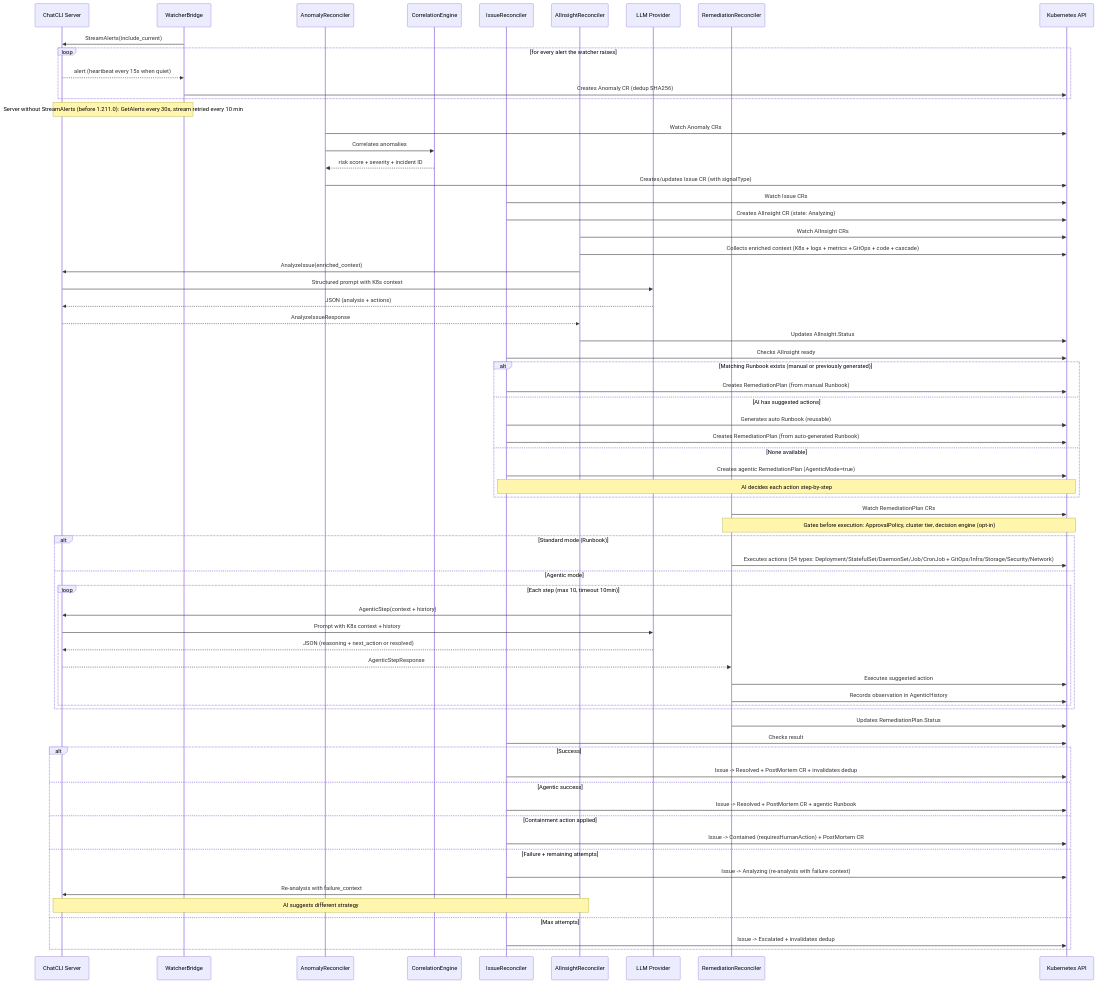
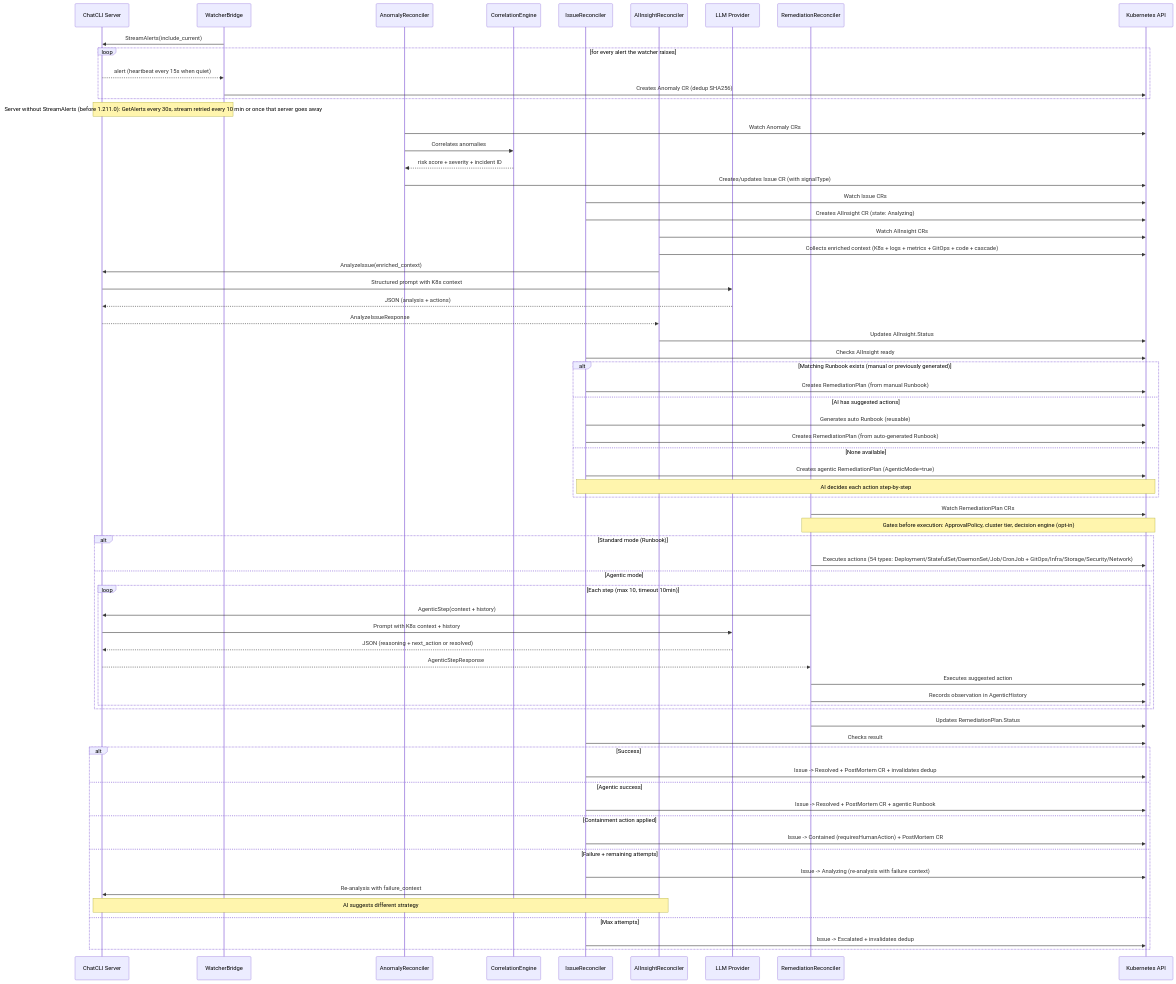
Before and after one commit to diillson/chatcli.ai: the first of 3 diagrams in features/aiops-platform.mdx, drawn with Mermaid. The commit also changed other lines of this file and 10 other files, not shown here.

````diff
--- a/features/aiops-platform.mdx
+++ b/features/aiops-platform.mdx
@@ -64,78 +67,78 @@
 ```mermaid
 sequenceDiagram
     participant Server as ChatCLI Server
     participant WB as WatcherBridge
     participant AR as AnomalyReconciler
     participant CE as CorrelationEngine
     participant IR as IssueReconciler
     participant AIR as AIInsightReconciler
     participant LLM as LLM Provider
     participant RR as RemediationReconciler
     participant K8s as Kubernetes API
 
     WB->>Server: StreamAlerts(include_current)
     loop for every alert the watcher raises
         Server-->>WB: alert (heartbeat every 15s when quiet)
         WB->>K8s: Creates Anomaly CR (dedup SHA256)
     end
-    Note over WB,Server: Server without StreamAlerts (before 1.211.0): GetAlerts every 30s, stream retried every 10 min
+    Note over WB,Server: Server without StreamAlerts (before 1.211.0): GetAlerts every 30s, stream retried every 10 min or once that server goes away
 
     AR->>K8s: Watch Anomaly CRs
     AR->>CE: Correlates anomalies
     CE-->>AR: risk score + severity + incident ID
     AR->>K8s: Creates/updates Issue CR (with signalType)
 
     IR->>K8s: Watch Issue CRs
     IR->>K8s: Creates AIInsight CR (state: Analyzing)
 
     AIR->>K8s: Watch AIInsight CRs
     AIR->>K8s: Collects enriched context (K8s + logs + metrics + GitOps + code + cascade)
     AIR->>Server: AnalyzeIssue(enriched_context)
     Server->>LLM: Structured prompt with K8s context
     LLM-->>Server: JSON (analysis + actions)
     Server-->>AIR: AnalyzeIssueResponse
     AIR->>K8s: Updates AIInsight.Status
 
     IR->>K8s: Checks AIInsight ready
     alt Matching Runbook exists (manual or previously generated)
         IR->>K8s: Creates RemediationPlan (from manual Runbook)
     else AI has suggested actions
         IR->>K8s: Generates auto Runbook (reusable)
         IR->>K8s: Creates RemediationPlan (from auto-generated Runbook)
     else None available
         IR->>K8s: Creates agentic RemediationPlan (AgenticMode=true)
         Note over IR,K8s: AI decides each action step-by-step
     end
 
     RR->>K8s: Watch RemediationPlan CRs
     Note over RR,K8s: Gates before execution: ApprovalPolicy, cluster tier, decision engine (opt-in)
 
     alt Standard mode (Runbook)
         RR->>K8s: Executes actions (54 types: Deployment/StatefulSet/DaemonSet/Job/CronJob + GitOps/Infra/Storage/Security/Network)
     else Agentic mode
         loop Each step (max 10, timeout 10min)
             RR->>Server: AgenticStep(context + history)
             Server->>LLM: Prompt with K8s context + history
             LLM-->>Server: JSON (reasoning + next_action or resolved)
             Server-->>RR: AgenticStepResponse
             RR->>K8s: Executes suggested action
             RR->>K8s: Records observation in AgenticHistory
         end
     end
     RR->>K8s: Updates RemediationPlan.Status
 
     IR->>K8s: Checks result
     alt Success
         IR->>K8s: Issue -> Resolved + PostMortem CR + invalidates dedup
     else Agentic success
         IR->>K8s: Issue -> Resolved + PostMortem CR + agentic Runbook
     else Containment action applied
         IR->>K8s: Issue -> Contained (requiresHumanAction) + PostMortem CR
     else Failure + remaining attempts
         IR->>K8s: Issue -> Analyzing (re-analysis with failure context)
         AIR->>Server: Re-analysis with failure_context
         Note over AIR,Server: AI suggests different strategy
     else Max attempts
         IR->>K8s: Issue -> Escalated + invalidates dedup
     end
 ```
````
